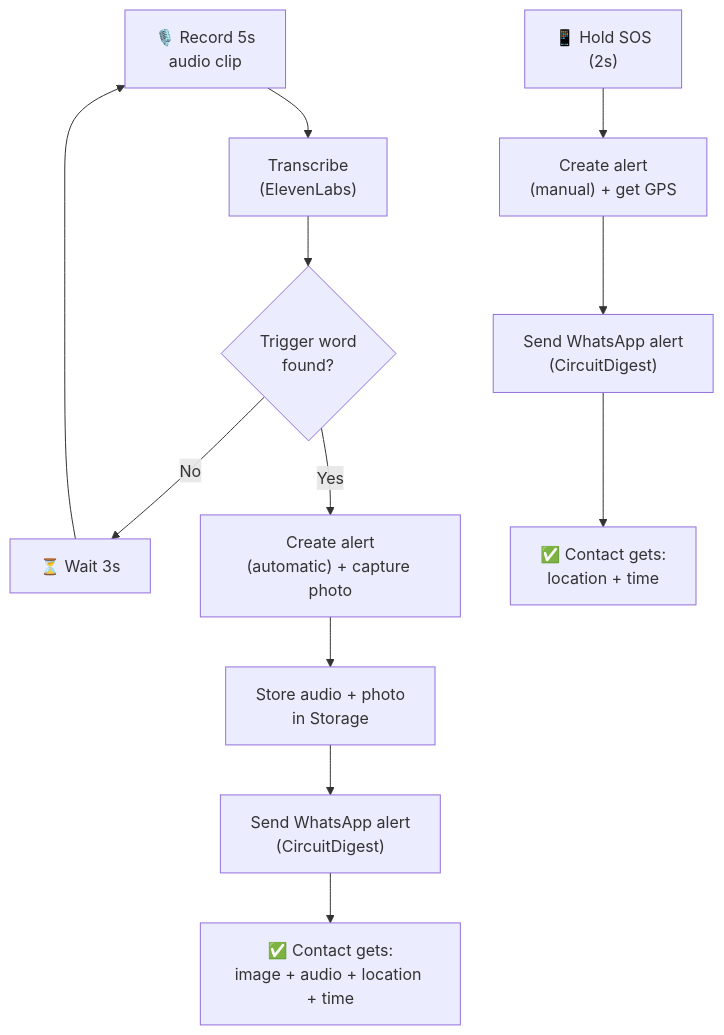
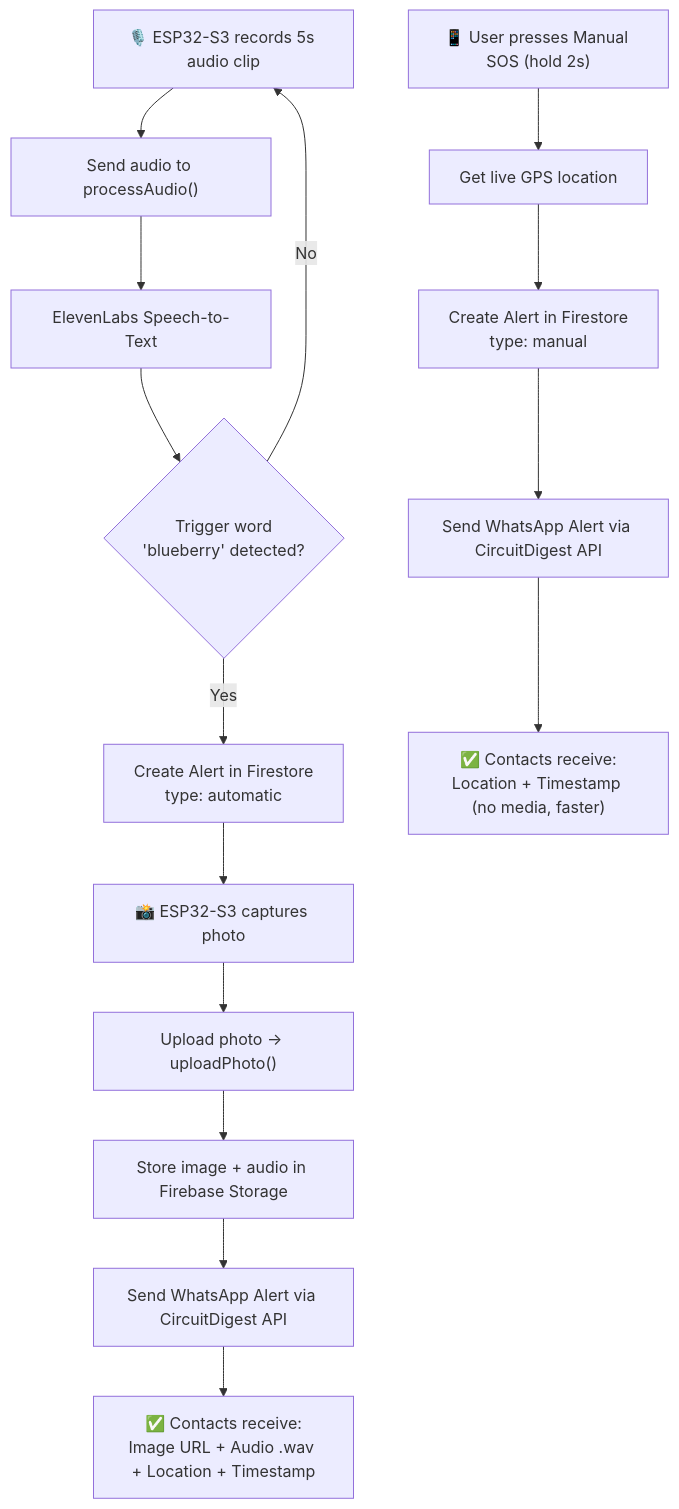
Before and after one commit to SubashreeT24/SheAlert: the second of 2 diagrams in README.md, drawn with Mermaid. The commit also changed other lines of this file, not shown here.

````diff
--- a/README.md
+++ b/README.md
@@ -82,14 +109,18 @@
 ```mermaid
 flowchart TD
-    A["🎙️ Record 5s<br/>audio clip"] --> B["Transcribe<br/>(ElevenLabs)"]
-    B --> C{"Trigger word<br/>found?"}
-    C -- No --> W["⏳ Wait 3s"] --> A
-    C -- Yes --> D["Create alert<br/>(automatic) + capture photo"]
-    D --> E["Store audio + photo<br/>in Storage"]
-    E --> F["Send WhatsApp alert<br/>(CircuitDigest)"]
-    F --> G["✅ Contact gets:<br/>image + audio + location + time"]
+    A["🎙️ ESP32-S3 records 5s audio clip"] --> B["Send audio to processAudio()"]
+    B --> C["ElevenLabs Speech-to-Text"]
+    C --> D{"Trigger word<br/>'blueberry' detected?"}
+    D -- No --> A
+    D -- Yes --> E["Create Alert in Firestore<br/>type: automatic"]
+    E --> F["📸 ESP32-S3 captures photo"]
+    F --> G["Upload photo → uploadPhoto()"]
+    G --> H["Store image + audio in Firebase Storage"]
+    H --> I["Send WhatsApp Alert via CircuitDigest API"]
+    I --> J["✅ Contacts receive:<br/>Image URL + Audio .wav + Location + Timestamp"]
 
-    H["📱 Hold SOS<br/>(2s)"] --> I["Create alert<br/>(manual) + get GPS"]
-    I --> J["Send WhatsApp alert<br/>(CircuitDigest)"]
-    J --> K["✅ Contact gets:<br/>location + time"]
+    K["📱 User presses Manual SOS (hold 2s)"] --> L["Get live GPS location"]
+    L --> M["Create Alert in Firestore<br/>type: manual"]
+    M --> N["Send WhatsApp Alert via CircuitDigest API"]
+    N --> O["✅ Contacts receive:<br/>Location + Timestamp (no media, faster)"]
 ```
````
